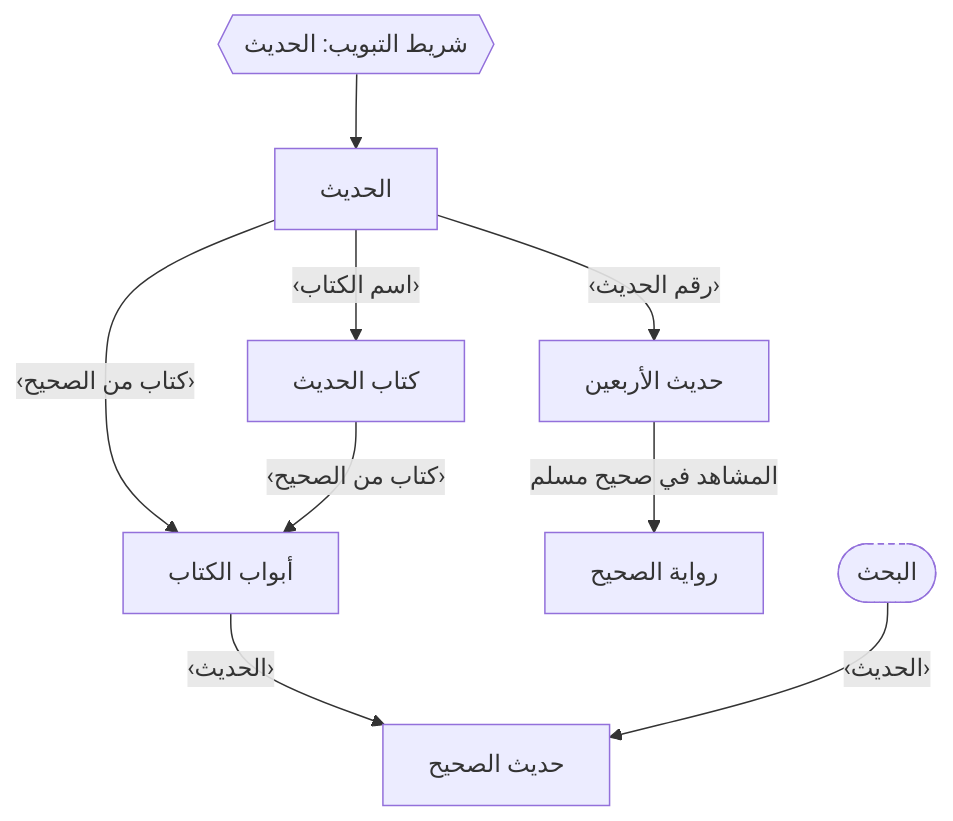
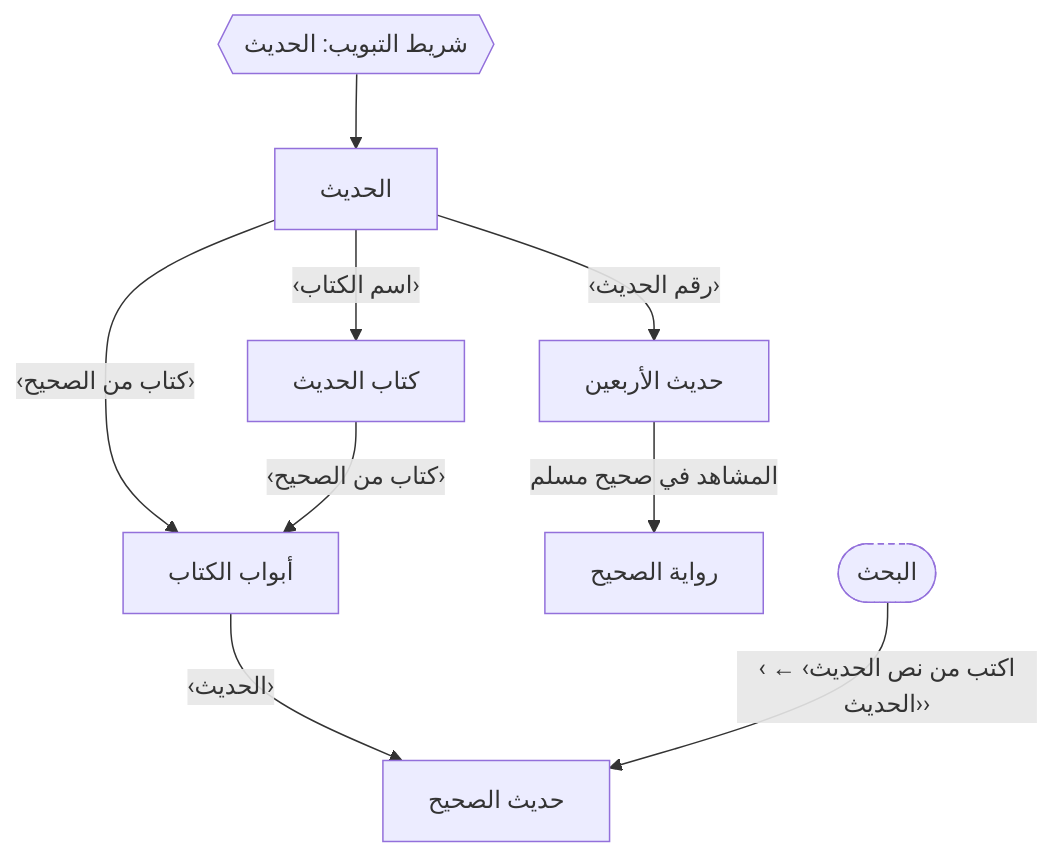
Before and after one commit to msskzx/namaq: the second of 6 diagrams in docs/feature-map.md, drawn with Mermaid. The commit also changed other lines of this file and 2 other files, not shown here.

````diff
--- a/docs/feature-map.md
+++ b/docs/feature-map.md
@@ -66,20 +70,20 @@
 ```mermaid
 flowchart TB
   s18["الحديث"]
   s19["كتاب الحديث"]
   s20["أبواب الكتاب"]
   s21["حديث الصحيح"]
   s22["حديث الأربعين"]
   s23["رواية الصحيح"]
   bars18{{"شريط التبويب: الحديث"}} --> s18
   s18 -- "‹اسم الكتاب›" --> s19
   s18 -- "‹كتاب من الصحيح›" --> s20
   s19 -- "‹كتاب من الصحيح›" --> s20
   s20 -- "‹الحديث›" --> s21
   s25(["البحث"])
   class s25 elsewhere
-  s25 -- "‹الحديث›" --> s21
+  s25 -- "‹اكتب من نص الحديث› ← ‹الحديث›" --> s21
   s18 -- "‹رقم الحديث›" --> s22
   s22 -- "المشاهد في صحيح مسلم" --> s23
   classDef elsewhere stroke-dasharray: 4 3
 ```
````
